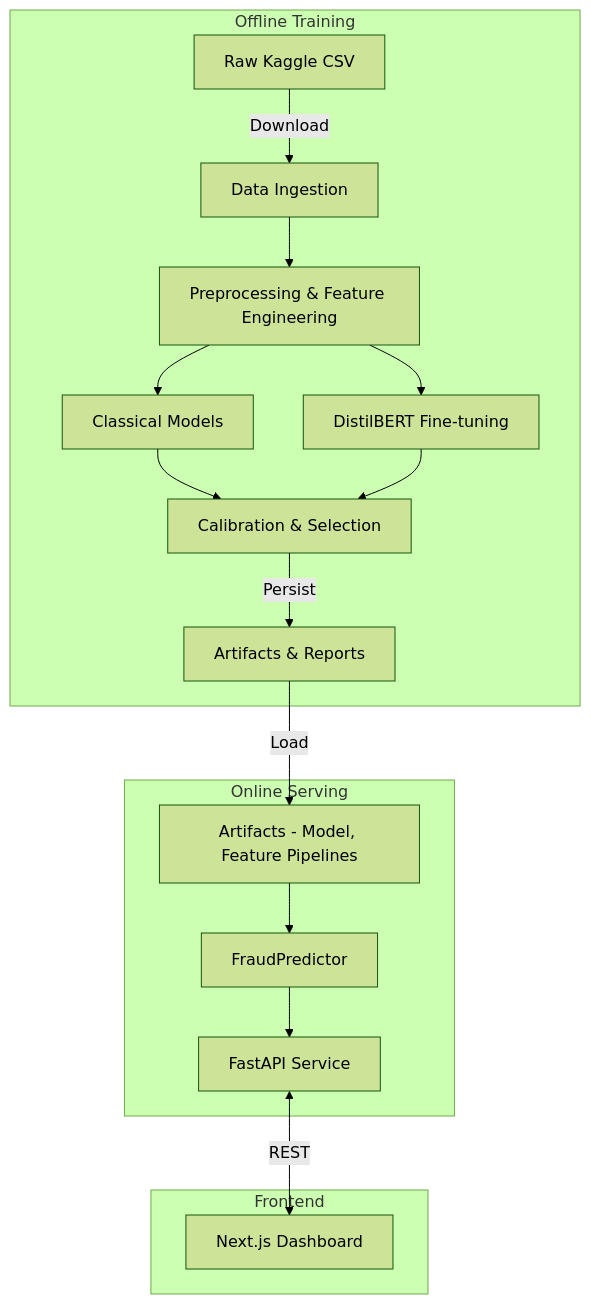
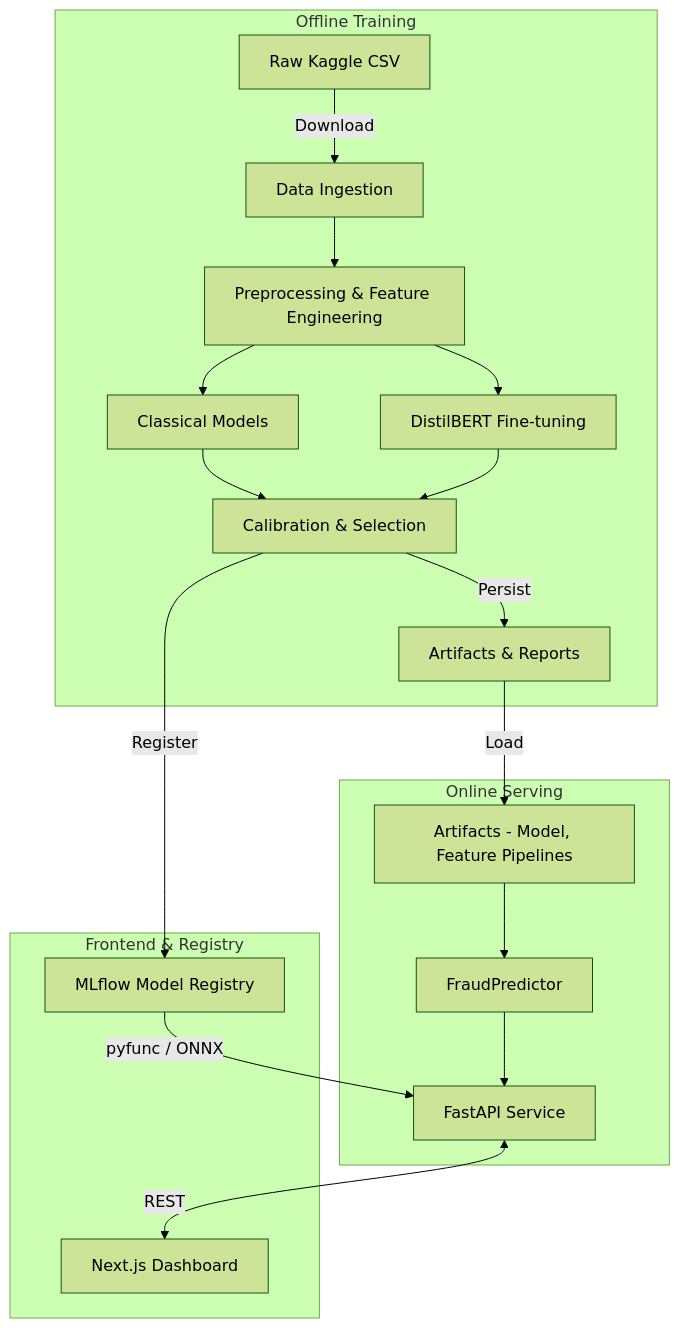
One commit to hoangsonww/Spot-the-Scam-AI-Job-Fraud changed the first of 5 diagrams in ARCHITECTURE.md. Above: the diagram before and after it, drawn with Mermaid (forest theme). The commit also changed other lines of this file and 60 other files, not shown here.

````diff
--- a/ARCHITECTURE.md
+++ b/ARCHITECTURE.md
@@ -9,25 +9,28 @@
 ```mermaid
 flowchart TD
     subgraph Offline Training
         A1[Raw Kaggle CSV] -->|Download| A2[Data Ingestion]
         A2 --> A3[Preprocessing & Feature Engineering]
         A3 --> A4[Classical Models]
         A3 --> A5[DistilBERT Fine-tuning]
         A4 --> A6[Calibration & Selection]
         A5 --> A6
         A6 -->|Persist| A7[Artifacts & Reports]
     end
 
     subgraph Online Serving
         B1[FastAPI Service]
         B2[FraudPredictor]
         B3[Artifacts - Model, Feature Pipelines]
     end
     A7 -->|Load| B3
     B3 --> B2 --> B1
 
-    subgraph Frontend
+    subgraph Frontend & Registry
         C1[Next.js Dashboard]
+        C2[MLflow Model Registry]
     end
     B1 <-->|REST| C1
+    A6 -->|Register| C2
+    C2 -->|pyfunc / ONNX| B1
 ```
````
